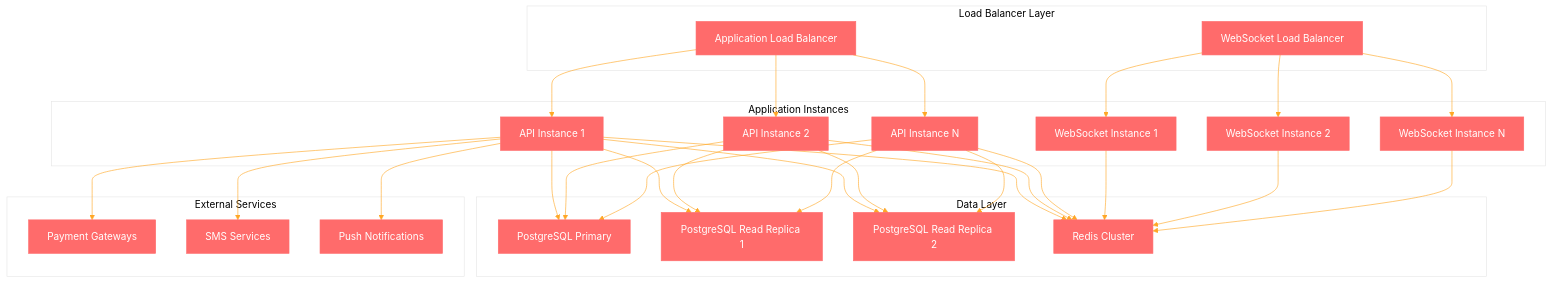
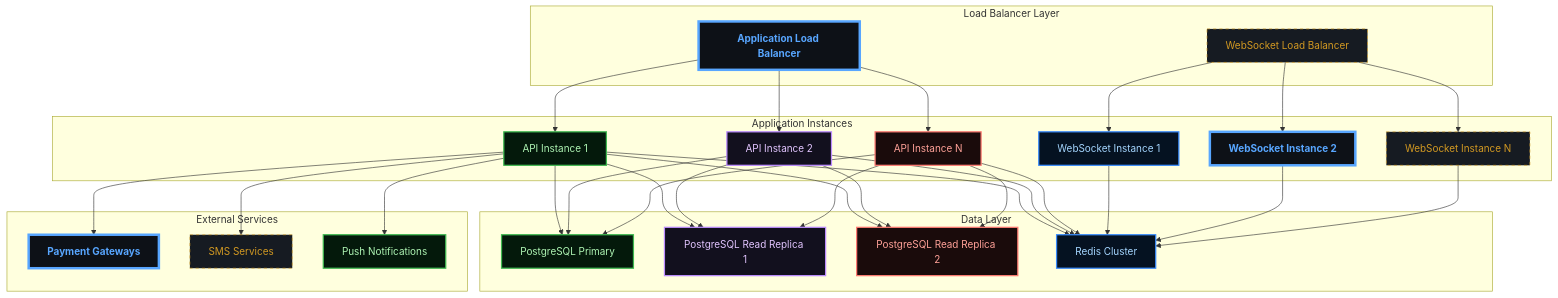
Diagram 12 of 15 in docs/ARCHITECTURE.md (abdoElHodaky/transportapp), drawn with Mermaid before and after one commit. The commit also changed other lines of this file and 9 other files, not shown here.

````diff
--- a/docs/ARCHITECTURE.md
+++ b/docs/ARCHITECTURE.md
@@ -866,5 +1224,4 @@
 ```mermaid
-%%{init: {'theme':'base', 'themeVariables': {'primaryColor':'#ff6b6b','primaryTextColor':'#fff','primaryBorderColor':'#ff6b6b','lineColor':'#ffa726','sectionBkgColor':'#ff6b6b','altSectionBkgColor':'#fff','gridColor':'#fff','secondaryColor':'#006100','tertiaryColor':'#fff'}}}%%
 graph TB
     subgraph "Load Balancer Layer"
         A[Application Load Balancer]
@@ -922,4 +1279,40 @@
     C --> M
     C --> N
     C --> O
+
+    %% --- DARK GRADIENT & GLOW STYLING ---
+    
+    %% Main Dashboard (Neon Cyan/Blue)
+    classDef main fill:#0d1117,stroke:#58a6ff,stroke-width:4px,color:#58a6ff,font-weight:bold;
+    
+    %% Decision Diamond (Gold Glow)
+    classDef decision fill:#161b22,stroke:#d29922,color:#d29922,stroke-dasharray: 5 5;
+    
+    %% Revenue (Emerald Gradient Style)
+    classDef revNode fill:#04190b,stroke:#3fb950,color:#aff5b4,stroke-width:2px;
+    
+    %% Commission (Purple Gradient Style)
+    classDef commNode fill:#12101e,stroke:#bc8cff,color:#e2c5ff,stroke-width:2px;
+    
+    %% Refund (Ruby Gradient Style)
+    classDef refNode fill:#1a0b0b,stroke:#ff7b72,color:#ffa198,stroke-width:2px;
+    
+    %% Earnings (Sapphire Gradient Style)
+    classDef earnNode fill:#051221,stroke:#388bfd,color:#a5d6ff,stroke-width:2px;
+
+    class A main;
+    class B decision;
+    class C revNode;
+    class D commNode;
+    class E refNode;
+    class F earnNode;
+    class G main;
+    class H decision;
+    class I revNode;
+    class J commNode;
+    class K refNode;
+    class L earnNode;
+    class M main;
+    class N decision;
+    class O revNode;
 ```
````
